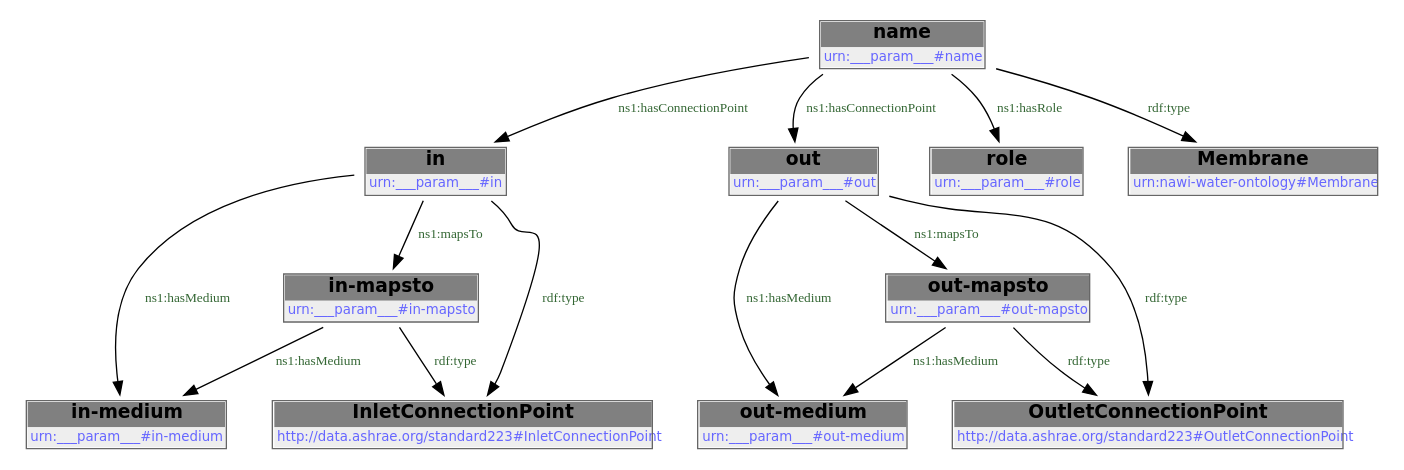
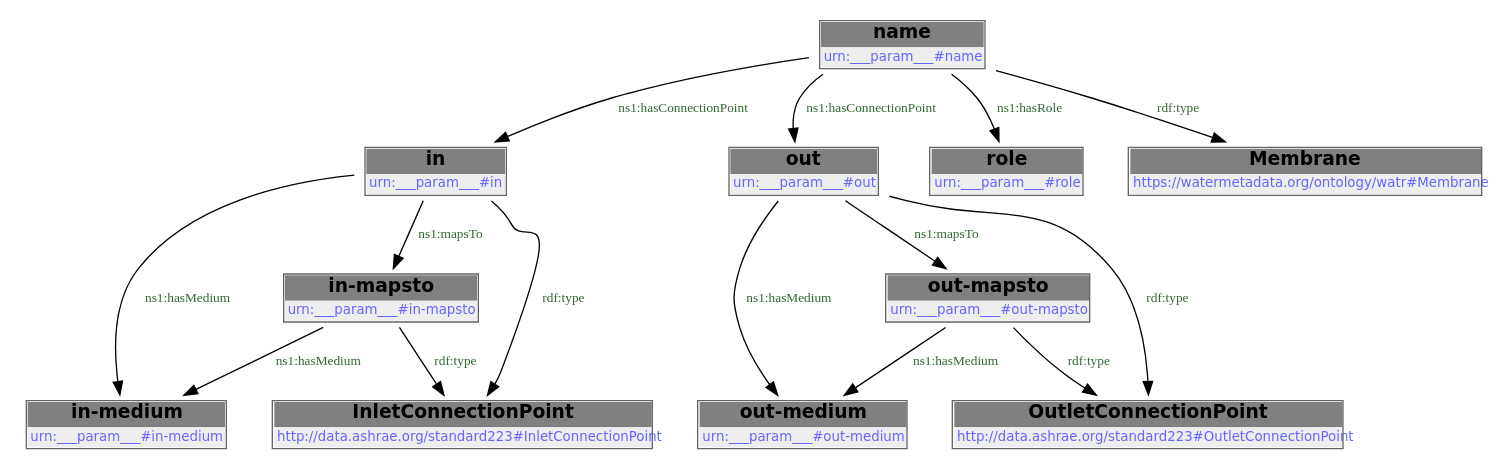
Before and after one commit to DataDrivenCPS/water-ontology: the second of 2 diagrams in docs/libraries/templates/membrane.rst, drawn with Graphviz. The commit also changed other lines of this file and 43 other files, not shown here.

First line of the commit message:
feat: move ontology to https://watermetadata.org base URI

```diff
--- a/docs/libraries/templates/membrane.rst
+++ b/docs/libraries/templates/membrane.rst
@@ -96,30 +96,30 @@
         .. graphviz::
 
                 digraph G {
             node [fontname="DejaVu Sans"];
             node0 -> node1 [color=BLACK, label=< <font point-size='10' color='#336633'>ns1:hasMedium</font> >];
             node2 -> node3 [color=BLACK, label=< <font point-size='10' color='#336633'>ns1:hasConnectionPoint</font> >];
             node3 -> node4 [color=BLACK, label=< <font point-size='10' color='#336633'>ns1:hasMedium</font> >];
             node2 -> node5 [color=BLACK, label=< <font point-size='10' color='#336633'>ns1:hasConnectionPoint</font> >];
             node6 -> node4 [color=BLACK, label=< <font point-size='10' color='#336633'>ns1:hasMedium</font> >];
             node2 -> node7 [color=BLACK, label=< <font point-size='10' color='#336633'>ns1:hasRole</font> >];
             node5 -> node1 [color=BLACK, label=< <font point-size='10' color='#336633'>ns1:hasMedium</font> >];
             node5 -> node0 [color=BLACK, label=< <font point-size='10' color='#336633'>ns1:mapsTo</font> >];
             node3 -> node8 [color=BLACK, label=< <font point-size='10' color='#336633'>rdf:type</font> >];
             node0 -> node9 [color=BLACK, label=< <font point-size='10' color='#336633'>rdf:type</font> >];
             node3 -> node6 [color=BLACK, label=< <font point-size='10' color='#336633'>ns1:mapsTo</font> >];
             node6 -> node8 [color=BLACK, label=< <font point-size='10' color='#336633'>rdf:type</font> >];
             node2 -> node10 [color=BLACK, label=< <font point-size='10' color='#336633'>rdf:type</font> >];
             node5 -> node9 [color=BLACK, label=< <font point-size='10' color='#336633'>rdf:type</font> >];
             node0 [shape=none, color=black, label=< <table color='#666666' cellborder='0' cellspacing='0' border='1'><tr><td colspan='2' bgcolor='grey'><B>out-mapsto</B></td></tr><tr><td href='urn:___param___#out-mapsto' bgcolor='#eeeeee' colspan='2'><font point-size='10' color='#6666ff'>urn:___param___#out-mapsto</font></td></tr></table> >];
             node1 [shape=none, color=black, label=< <table color='#666666' cellborder='0' cellspacing='0' border='1'><tr><td colspan='2' bgcolor='grey'><B>out-medium</B></td></tr><tr><td href='urn:___param___#out-medium' bgcolor='#eeeeee' colspan='2'><font point-size='10' color='#6666ff'>urn:___param___#out-medium</font></td></tr></table> >];
             node2 [shape=none, color=black, label=< <table color='#666666' cellborder='0' cellspacing='0' border='1'><tr><td colspan='2' bgcolor='grey'><B>name</B></td></tr><tr><td href='urn:___param___#name' bgcolor='#eeeeee' colspan='2'><font point-size='10' color='#6666ff'>urn:___param___#name</font></td></tr></table> >];
             node3 [shape=none, color=black, label=< <table color='#666666' cellborder='0' cellspacing='0' border='1'><tr><td colspan='2' bgcolor='grey'><B>in</B></td></tr><tr><td href='urn:___param___#in' bgcolor='#eeeeee' colspan='2'><font point-size='10' color='#6666ff'>urn:___param___#in</font></td></tr></table> >];
             node4 [shape=none, color=black, label=< <table color='#666666' cellborder='0' cellspacing='0' border='1'><tr><td colspan='2' bgcolor='grey'><B>in-medium</B></td></tr><tr><td href='urn:___param___#in-medium' bgcolor='#eeeeee' colspan='2'><font point-size='10' color='#6666ff'>urn:___param___#in-medium</font></td></tr></table> >];
             node5 [shape=none, color=black, label=< <table color='#666666' cellborder='0' cellspacing='0' border='1'><tr><td colspan='2' bgcolor='grey'><B>out</B></td></tr><tr><td href='urn:___param___#out' bgcolor='#eeeeee' colspan='2'><font point-size='10' color='#6666ff'>urn:___param___#out</font></td></tr></table> >];
             node6 [shape=none, color=black, label=< <table color='#666666' cellborder='0' cellspacing='0' border='1'><tr><td colspan='2' bgcolor='grey'><B>in-mapsto</B></td></tr><tr><td href='urn:___param___#in-mapsto' bgcolor='#eeeeee' colspan='2'><font point-size='10' color='#6666ff'>urn:___param___#in-mapsto</font></td></tr></table> >];
             node7 [shape=none, color=black, label=< <table color='#666666' cellborder='0' cellspacing='0' border='1'><tr><td colspan='2' bgcolor='grey'><B>role</B></td></tr><tr><td href='urn:___param___#role' bgcolor='#eeeeee' colspan='2'><font point-size='10' color='#6666ff'>urn:___param___#role</font></td></tr></table> >];
             node8 [shape=none, color=black, label=< <table color='#666666' cellborder='0' cellspacing='0' border='1'><tr><td colspan='2' bgcolor='grey'><B>InletConnectionPoint</B></td></tr><tr><td href='http://data.ashrae.org/standard223#InletConnectionPoint' bgcolor='#eeeeee' colspan='2'><font point-size='10' color='#6666ff'>http://data.ashrae.org/standard223#InletConnectionPoint</font></td></tr></table> >];
             node9 [shape=none, color=black, label=< <table color='#666666' cellborder='0' cellspacing='0' border='1'><tr><td colspan='2' bgcolor='grey'><B>OutletConnectionPoint</B></td></tr><tr><td href='http://data.ashrae.org/standard223#OutletConnectionPoint' bgcolor='#eeeeee' colspan='2'><font point-size='10' color='#6666ff'>http://data.ashrae.org/standard223#OutletConnectionPoint</font></td></tr></table> >];
-            node10 [shape=none, color=black, label=< <table color='#666666' cellborder='0' cellspacing='0' border='1'><tr><td colspan='2' bgcolor='grey'><B>Membrane</B></td></tr><tr><td href='urn:nawi-water-ontology#Membrane' bgcolor='#eeeeee' colspan='2'><font point-size='10' color='#6666ff'>urn:nawi-water-ontology#Membrane</font></td></tr></table> >];
+            node10 [shape=none, color=black, label=< <table color='#666666' cellborder='0' cellspacing='0' border='1'><tr><td colspan='2' bgcolor='grey'><B>Membrane</B></td></tr><tr><td href='https://watermetadata.org/ontology/watr#Membrane' bgcolor='#eeeeee' colspan='2'><font point-size='10' color='#6666ff'>https://watermetadata.org/ontology/watr#Membrane</font></td></tr></table> >];
             }
```
